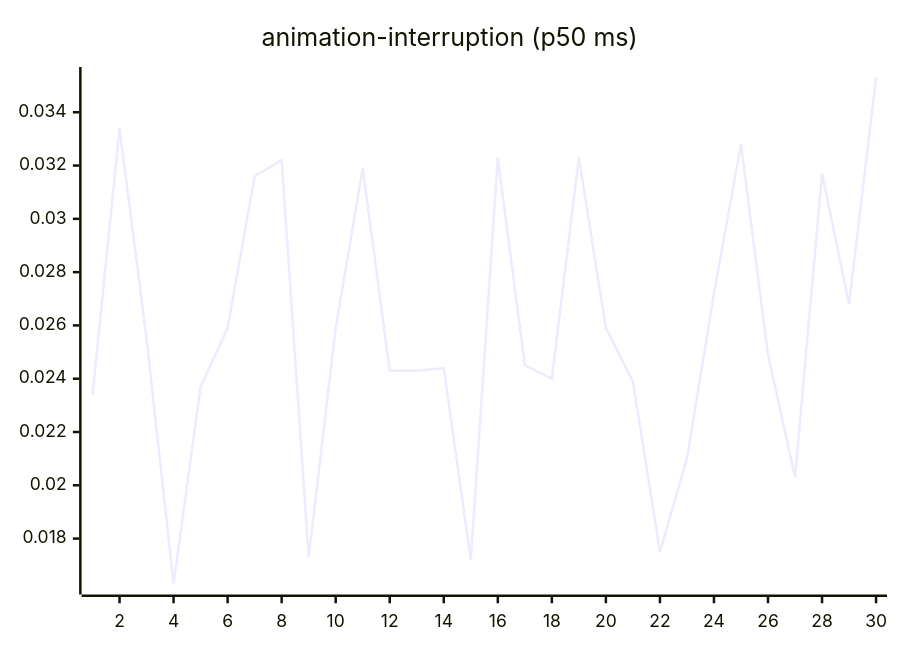
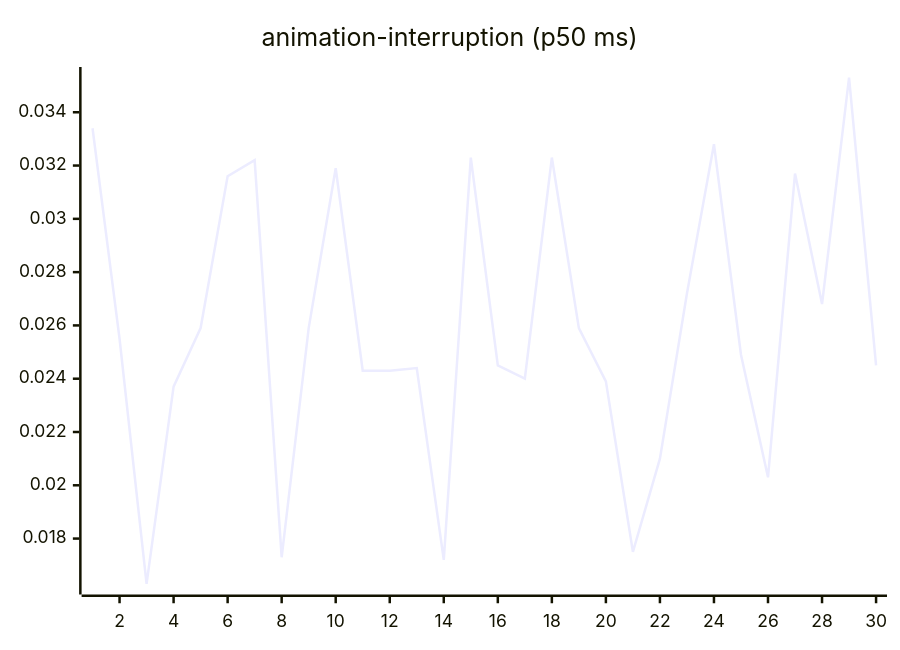
One commit to josha/Facet changed the third of 27 diagrams in README.md. Above: the diagram before and after it, drawn with Mermaid. The commit also changed other lines of this file and 2 other files, not shown here.

````diff
--- a/README.md
+++ b/README.md
@@ -77,6 +77,6 @@
 ```mermaid
 xychart-beta
     title "animation-interruption (p50 ms)"
     x-axis 1 --> 30
-    line [0.0234, 0.0334, 0.0255, 0.0163, 0.0237, 0.0259, 0.0316, 0.0322, 0.0173, 0.0259, 0.0319, 0.0243, 0.0243, 0.0244, 0.0172, 0.0323, 0.0245, 0.0240, 0.0323, 0.0259, 0.0239, 0.0175, 0.0210, 0.0272, 0.0328, 0.0249, 0.0203, 0.0317, 0.0268, 0.0353]
+    line [0.0334, 0.0255, 0.0163, 0.0237, 0.0259, 0.0316, 0.0322, 0.0173, 0.0259, 0.0319, 0.0243, 0.0243, 0.0244, 0.0172, 0.0323, 0.0245, 0.0240, 0.0323, 0.0259, 0.0239, 0.0175, 0.0210, 0.0272, 0.0328, 0.0249, 0.0203, 0.0317, 0.0268, 0.0353, 0.0245]
 ```
````
